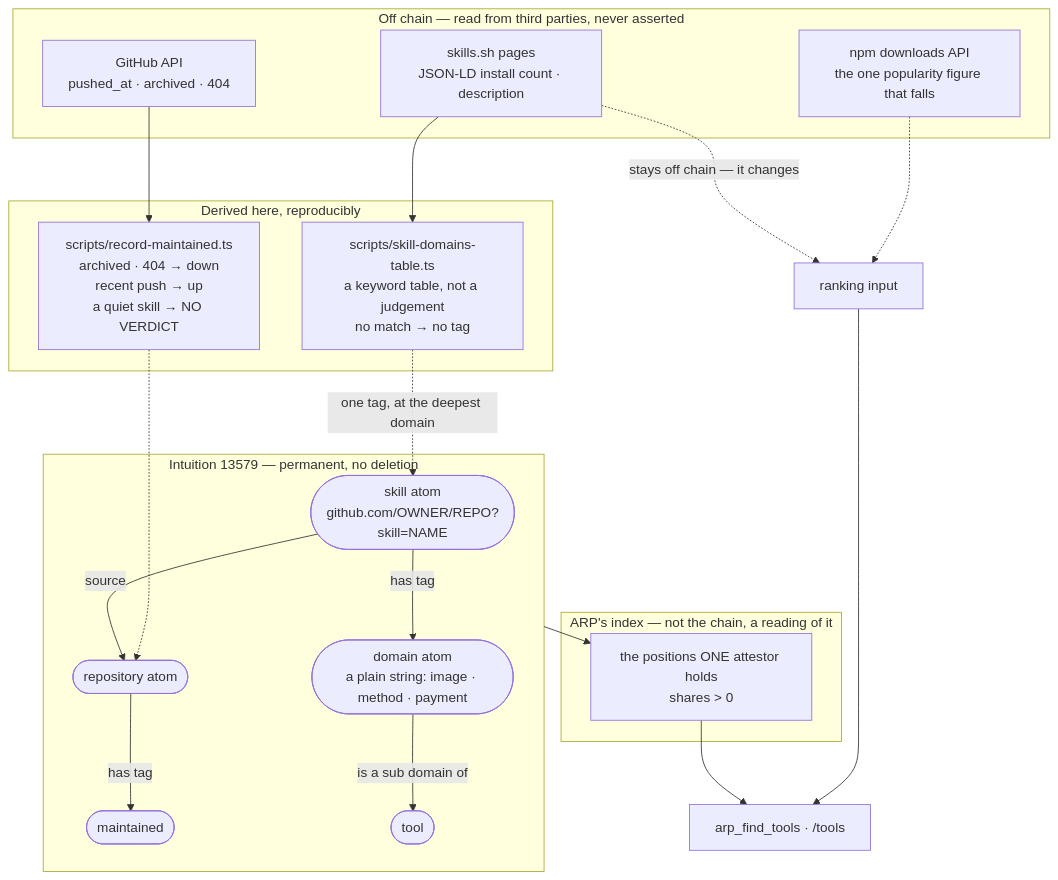
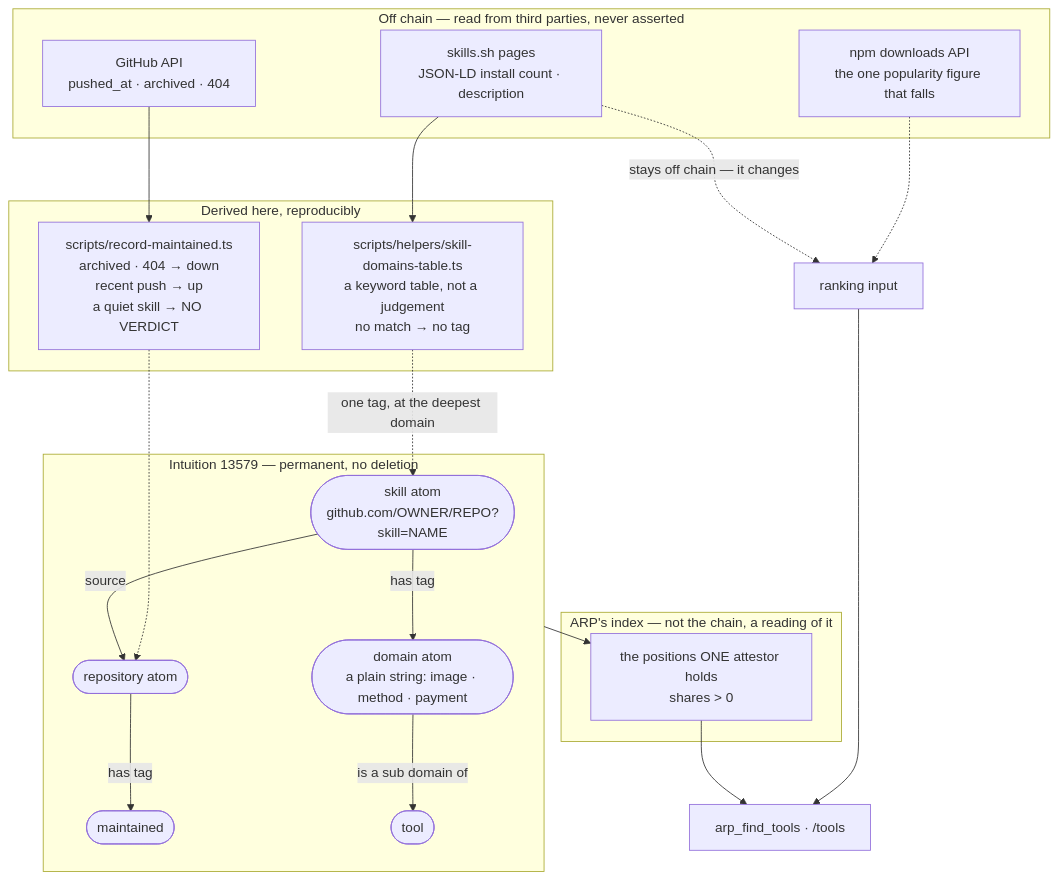
Before and after one commit to Wieedze/ARP: the diagram in docs/20_WHAT_A_SKILL_LOOKS_LIKE_ON_CHAIN.md, drawn with Mermaid. The commit also changed 48 other files, not shown here.

First line of the commit message:
refactor(scripts): shared helpers in scripts/helpers, and no product code or test imports scripts/

````diff
--- a/docs/20_WHAT_A_SKILL_LOOKS_LIKE_ON_CHAIN.md
+++ b/docs/20_WHAT_A_SKILL_LOOKS_LIKE_ON_CHAIN.md
@@ -11,38 +11,38 @@
 ```mermaid
 flowchart TB
     subgraph OFF["Off chain — read from third parties, never asserted"]
         GH["GitHub API<br/>pushed_at · archived · 404"]
         SH["skills.sh pages<br/>JSON-LD install count · description"]
         NPM["npm downloads API<br/>the one popularity figure that falls"]
     end
 
     subgraph DERIVE["Derived here, reproducibly"]
-        CLS["scripts/skill-domains-table.ts<br/>a keyword table, not a judgement<br/>no match → no tag"]
+        CLS["scripts/helpers/skill-domains-table.ts<br/>a keyword table, not a judgement<br/>no match → no tag"]
         VER["scripts/record-maintained.ts<br/>archived · 404 → down<br/>recent push → up<br/>a quiet skill → NO VERDICT"]
     end
 
     subgraph CHAIN["Intuition 13579 — permanent, no deletion"]
         SK(["skill atom<br/>github.com/OWNER/REPO?skill=NAME"])
         RP(["repository atom"])
         DOM(["domain atom<br/>a plain string: image · method · payment"])
         MT(["maintained"])
         SK -->|source| RP
         SK -->|has tag| DOM
         RP -->|has tag| MT
         DOM -->|is a sub domain of| TOOL(["tool"])
     end
 
     subgraph INDEX["ARP's index — not the chain, a reading of it"]
         POS["the positions ONE attestor holds<br/>shares > 0"]
     end
 
     SH --> CLS
     GH --> VER
     CLS -.->|one tag, at the deepest domain| SK
     VER -.-> RP
     SH -.->|"stays off chain — it changes"| RANK["ranking input"]
     NPM -.-> RANK
     CHAIN --> POS
     POS --> MCP["arp_find_tools · /tools"]
     RANK --> MCP
 ```
````
